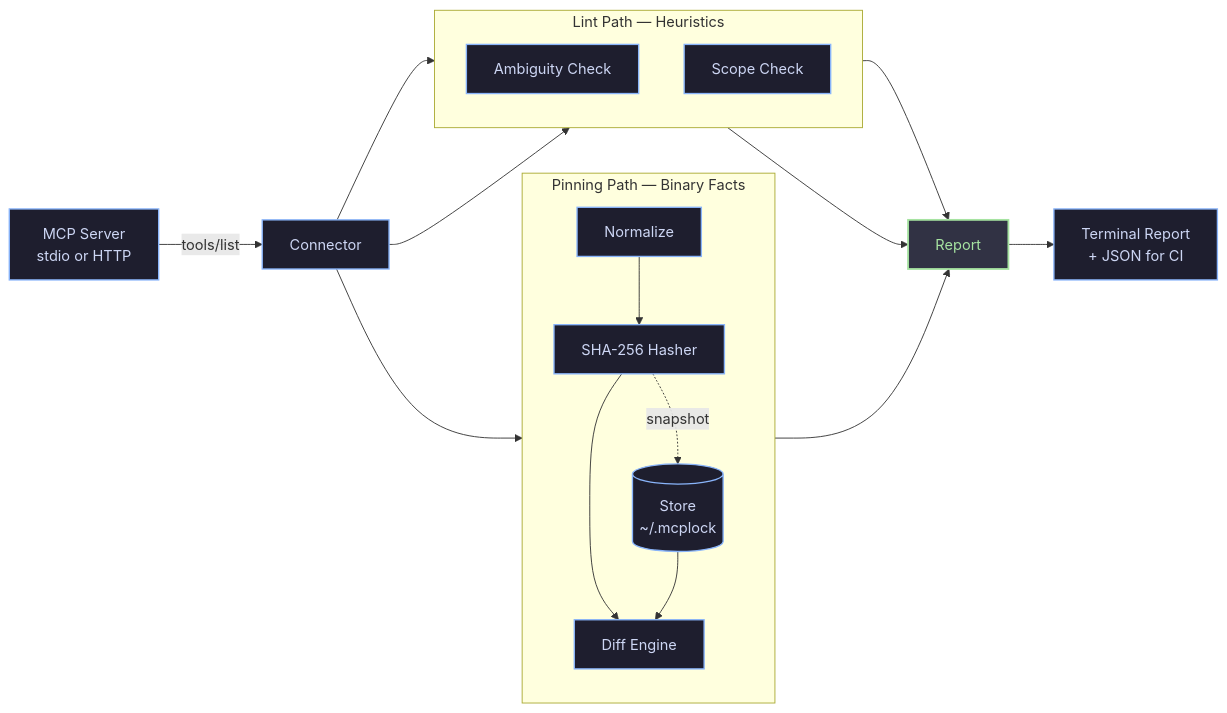
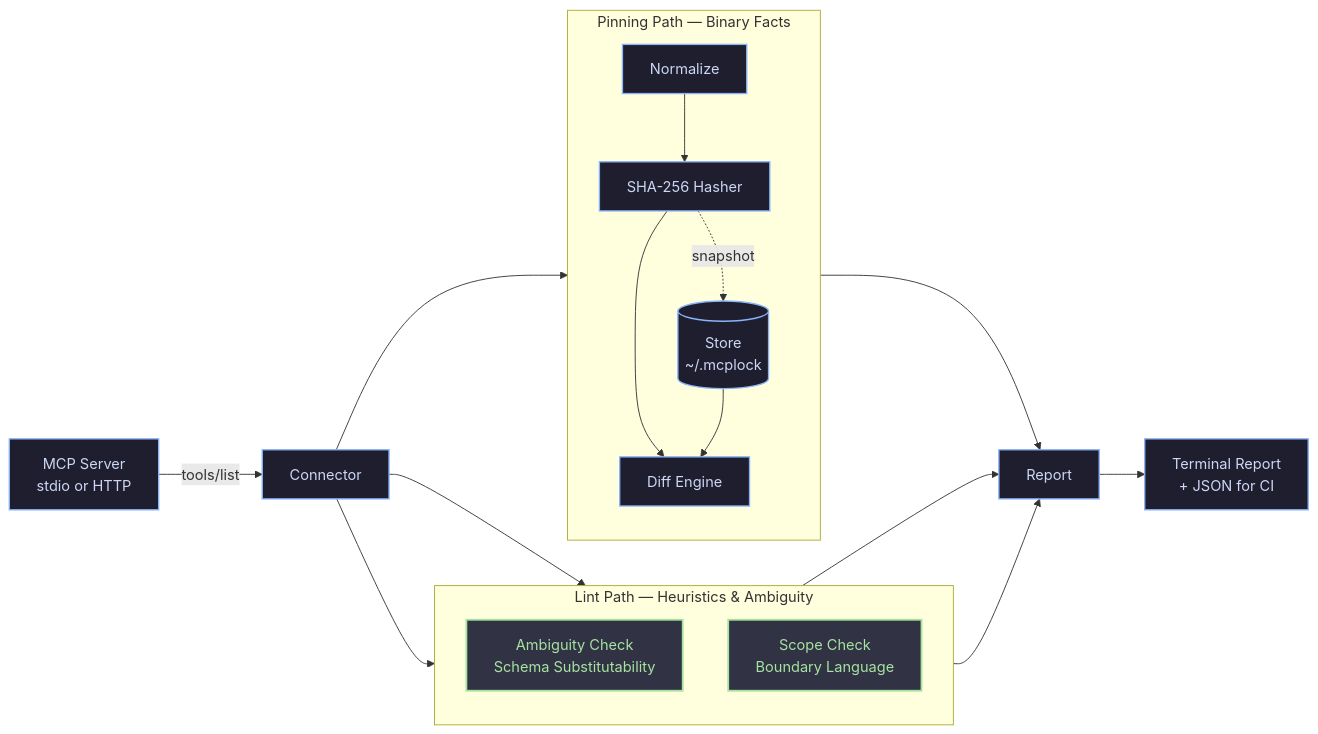
Before and after one commit to yash161004/mcplock: the first of 2 diagrams in README.md, drawn with Mermaid. The commit also changed other lines of this file and 1 other file, not shown here.

Commit message:
docs: reframe positioning around ambiguity linter and add standalone technical writeup

````diff
--- a/README.md
+++ b/README.md
@@ -95,32 +122,33 @@
 ```mermaid
 flowchart LR
     classDef default fill:#1e1e2e,stroke:#89b4fa,stroke-width:1.5px,color:#cdd6f4;
     classDef highlight fill:#313244,stroke:#a6e3a1,stroke-width:2px,color:#a6e3a1;
 
     S["MCP Server<br/>stdio or HTTP"]
     C["Connector"]
 
+    subgraph lintp ["Lint Path — Heuristics & Ambiguity"]
+        direction TB
+        A["Ambiguity Check<br/>Schema Substitutability"]
+        SC["Scope Check<br/>Boundary Language"]
+    end
+
     subgraph pin ["Pinning Path — Binary Facts"]
         direction TB
         N["Normalize"] --> H["SHA-256 Hasher"]
         H --> D["Diff Engine"]
         ST[("Store<br/>~/.mcplock")] --> D
         H -.->|snapshot| ST
-    end
-
-    subgraph lintp ["Lint Path — Heuristics"]
-        direction TB
-        A["Ambiguity Check"]
-        SC["Scope Check"]
     end
 
     S -->|"tools/list"| C
     C --> N
     C --> A
     C --> SC
     D --> R["Report"]
     A --> R
     SC --> R
     R --> OUT["Terminal Report<br/>+ JSON for CI"]
-    class R highlight;
+    class A highlight;
+    class SC highlight;
 ```
````
